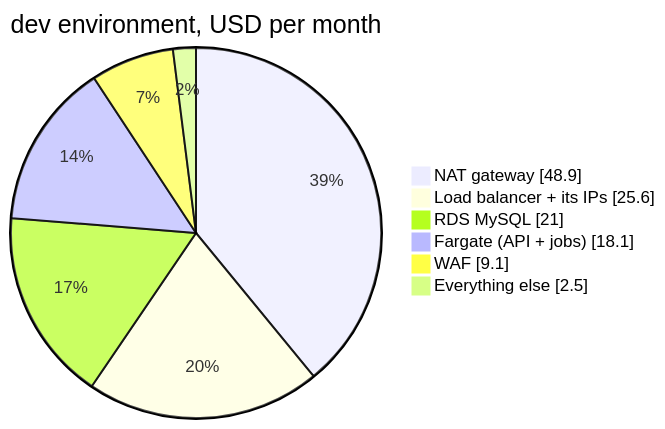
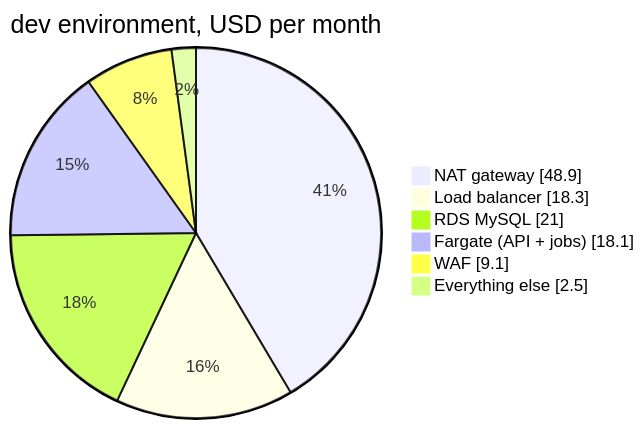
The diagram in docs/costs.md (shadreza/aws-three-tier-cloud-ref-architecture), drawn with Mermaid before and after one commit. The commit also changed other lines of this file and 6 other files, not shown here.

First line of the commit message:
docs: put the load balancer in private subnets

````diff
--- a/docs/costs.md
+++ b/docs/costs.md
@@ -69,10 +68,10 @@
 ```mermaid
 pie showData
     title dev environment, USD per month
     "NAT gateway" : 48.9
-    "Load balancer + its IPs" : 25.6
+    "Load balancer" : 18.3
     "RDS MySQL" : 21.0
     "Fargate (API + jobs)" : 18.1
     "WAF" : 9.1
     "Everything else" : 2.5
 ```
````
